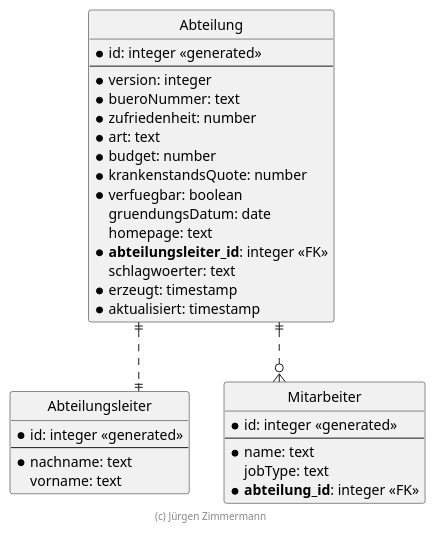
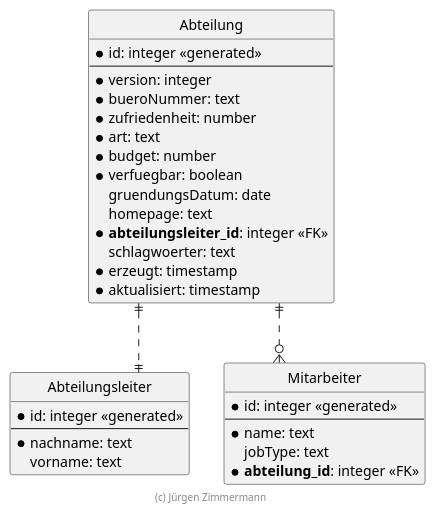
The diagram in .extras/doc/projekthandbuch/ER-Diagramm.plantuml (Maximw2002/abteilung-test), drawn with PlantUML before and after one commit. The commit also changed 21 other files, not shown here.

```diff
--- a/.extras/doc/projekthandbuch/ER-Diagramm.plantuml
+++ b/.extras/doc/projekthandbuch/ER-Diagramm.plantuml
@@ -18,47 +18,46 @@
 @startuml ER Diagramm
 
 ' hide the spot
 hide circle
 
 ' evtl. Prbleme mit Kraehenfuessen vermeiden
 skinparam linetype ortho
 
 entity "Abteilung" {
   * id: integer <<generated>>
   --
   * version: integer
   * bueroNummer: text
   * zufriedenheit: number
   * art: text
   * budget: number
-  * krankenstandsQuote: number
   * verfuegbar: boolean
     gruendungsDatum: date
     homepage: text
   * **abteilungsleiter_id**: integer <<FK>>
     schlagwoerter: text
   * erzeugt: timestamp
   * aktualisiert: timestamp
 }
 
 entity "Abteilungsleiter" {
   * id: integer <<generated>>
   --
   * nachname: text
     vorname: text
 }
 
 entity "Mitarbeiter" {
   * id: integer <<generated>>
   --
   * name: text
     jobType: text
   * **abteilung_id**: integer <<FK>>
 }
 
 Abteilung ||..|| Abteilungsleiter
 Abteilung ||..o{ Mitarbeiter
 
 footer (c) Jürgen Zimmermann
 
 @enduml
```
